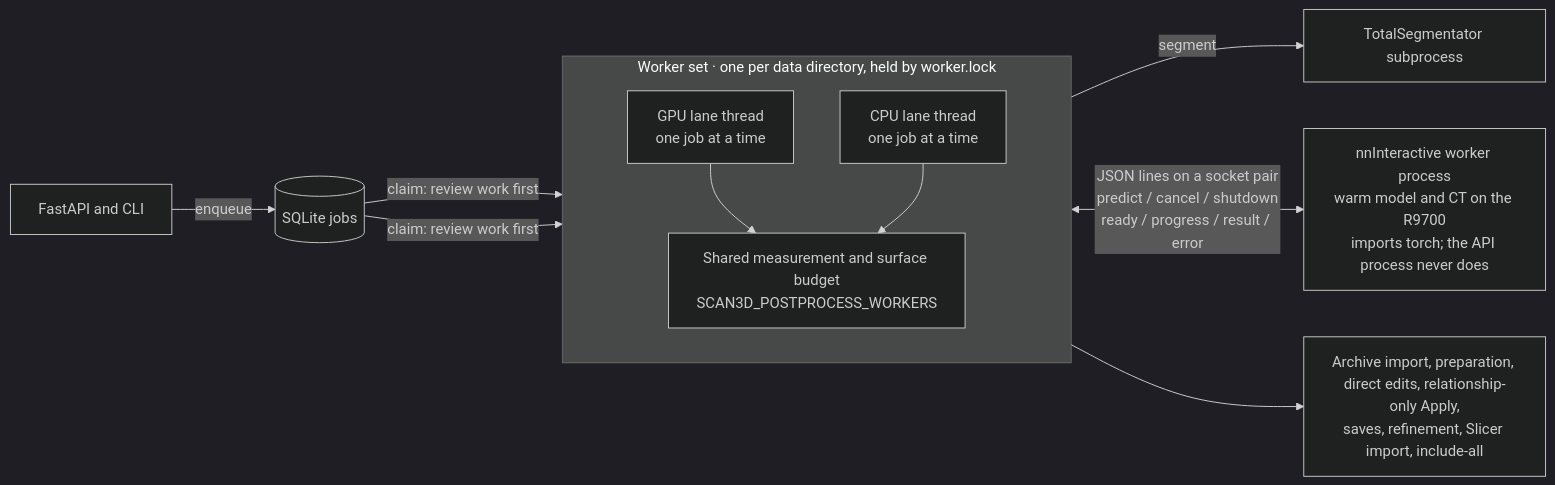
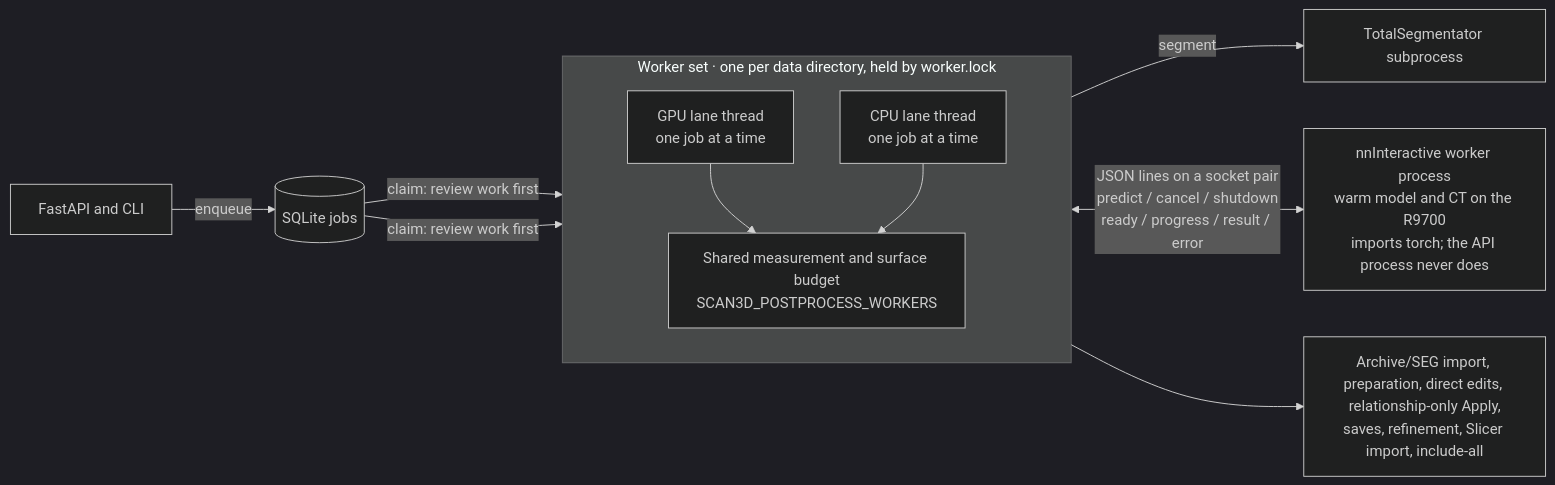
One commit to Truth129/3DScan changed the third of 3 diagrams in docs/ARCHITECTURE.md. Above: the diagram before and after it, drawn with Mermaid (dark theme). The commit also changed other lines of this file and 15 other files, not shown here.

Commit message:
Import source-bound DICOM SEG masks as editable revisions

````diff
--- a/docs/ARCHITECTURE.md
+++ b/docs/ARCHITECTURE.md
@@ -377,17 +379,17 @@
 ```mermaid
 flowchart LR
   CLIENTS["FastAPI and CLI"] -->|"enqueue"| JOBS[("SQLite jobs")]
   subgraph WORKERS["Worker set · one per data directory, held by worker.lock"]
     direction TB
     GPULANE["GPU lane thread<br/>one job at a time"]
     CPULANE["CPU lane thread<br/>one job at a time"]
     BUDGET["Shared measurement and surface budget<br/>SCAN3D_POSTPROCESS_WORKERS"]
     GPULANE --> BUDGET
     CPULANE --> BUDGET
   end
   JOBS -->|"claim: review work first"| GPULANE
   JOBS -->|"claim: review work first"| CPULANE
   GPULANE -->|"segment"| TS["TotalSegmentator subprocess"]
   GPULANE <-->|"JSON lines on a socket pair<br/>predict / cancel / shutdown<br/>ready / progress / result / error"| CHILD["nnInteractive worker process<br/>warm model and CT on the R9700<br/>imports torch; the API process never does"]
-  CPULANE --> CPUWORK["Archive import, preparation, direct edits, relationship-only Apply,<br/>saves, refinement, Slicer import, include-all"]
+  CPULANE --> CPUWORK["Archive/SEG import, preparation, direct edits, relationship-only Apply,<br/>saves, refinement, Slicer import, include-all"]
 ```
````
